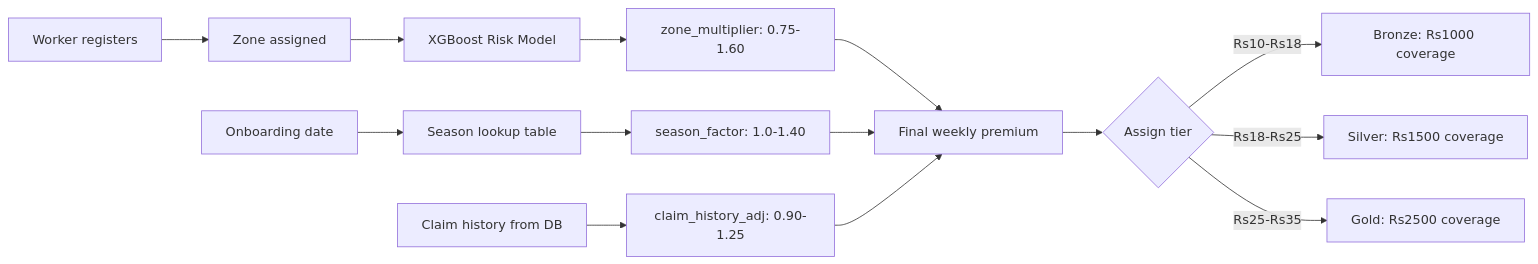
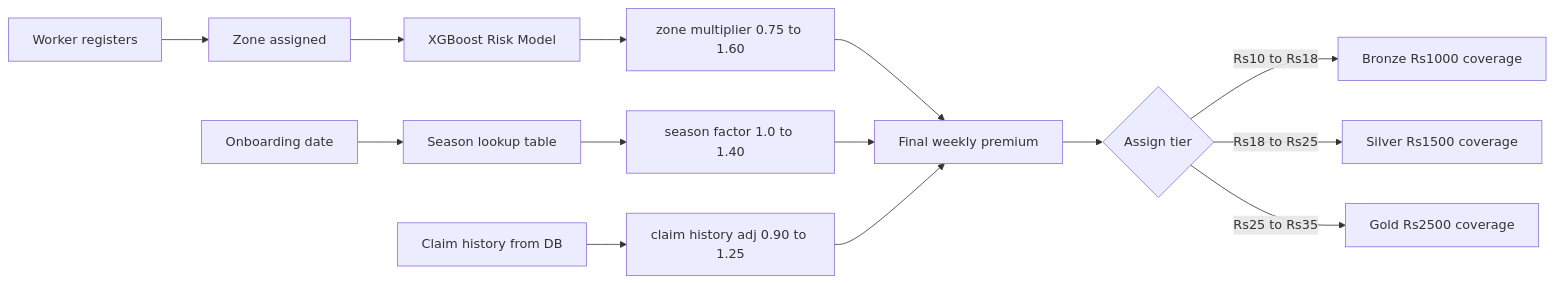
Before and after one commit to Ryuga-Mvp/GigShield: the third of 6 diagrams in README.md, drawn with Mermaid. The commit also changed other lines of this file, not shown here.

````diff
--- a/README.md
+++ b/README.md
@@ -196,17 +202,19 @@
 ```mermaid
 flowchart LR
     A[Worker registers] --> B[Zone assigned]
     B --> C[XGBoost Risk Model]
-    C --> D[zone_multiplier: 0.75-1.60]
+    C --> D[zone multiplier 0.75 to 1.60]
 
     E[Onboarding date] --> F[Season lookup table]
-    F --> G[season_factor: 1.0-1.40]
+    F --> G[season factor 1.0 to 1.40]
 
-    H[Claim history from DB] --> I[claim_history_adj: 0.90-1.25]
+    H[Claim history from DB] --> I[claim history adj 0.90 to 1.25]
 
-    D & G & I --> J[Final weekly premium]
+    D --> J[Final weekly premium]
+    G --> J
+    I --> J
     J --> K{Assign tier}
-    K -- Rs10-Rs18 --> L[Bronze: Rs1000 coverage]
-    K -- Rs18-Rs25 --> M[Silver: Rs1500 coverage]
-    K -- Rs25-Rs35 --> N[Gold: Rs2500 coverage]
+    K -- Rs10 to Rs18 --> L[Bronze Rs1000 coverage]
+    K -- Rs18 to Rs25 --> M[Silver Rs1500 coverage]
+    K -- Rs25 to Rs35 --> N[Gold Rs2500 coverage]
 ```
````
